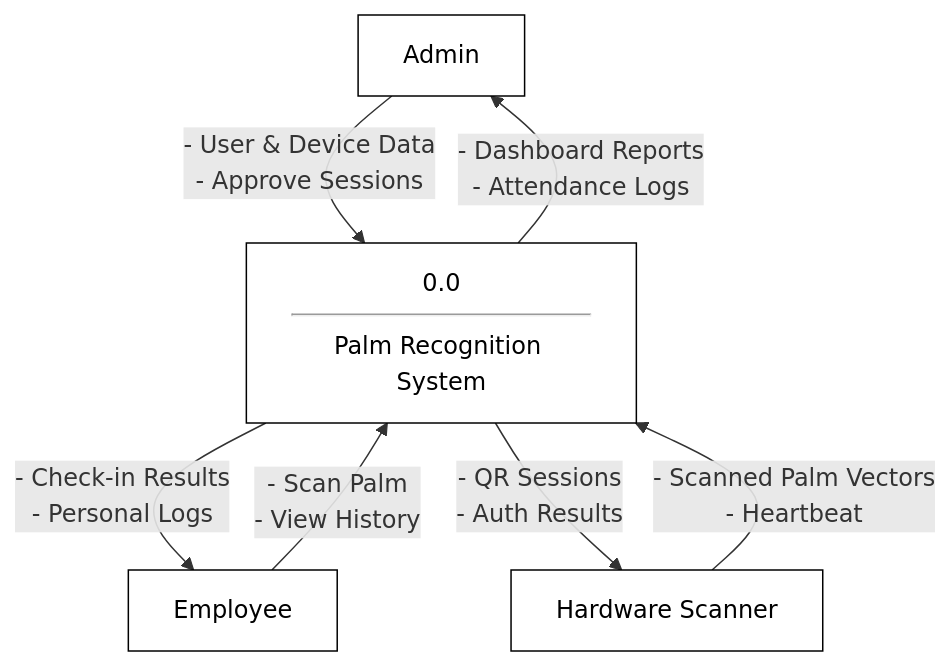
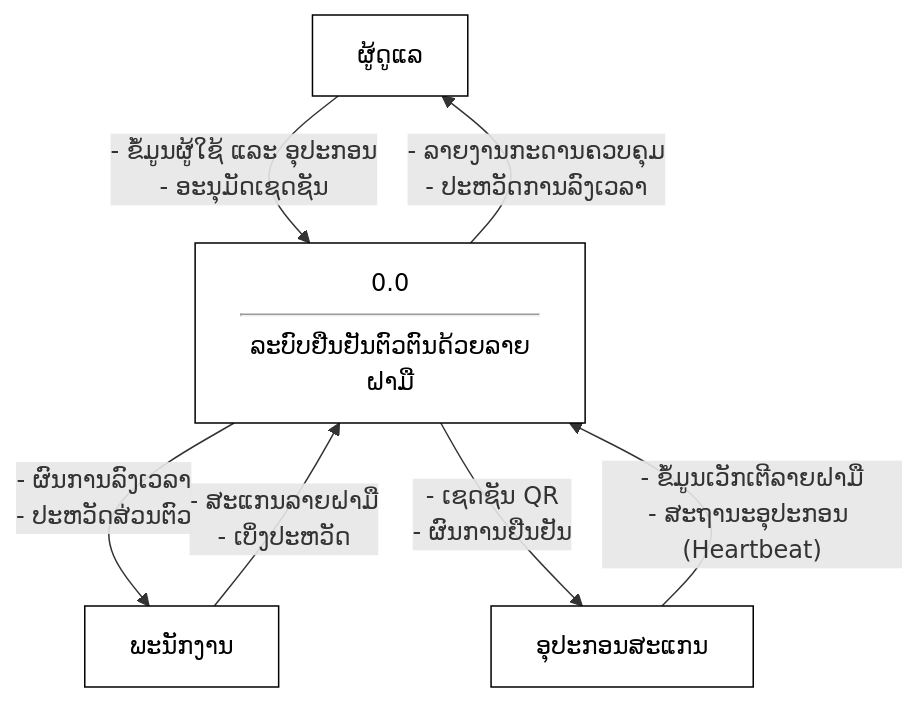
The fourth of 14 diagrams in USER_MANUAL.md (Touy2004/palm-back-end), drawn with Mermaid before and after one commit. The commit also changed other lines of this file, not shown here.

Commit message:
docs: update user manual with latest system specifications and deployment instructions

````diff
--- a/USER_MANUAL.md
+++ b/USER_MANUAL.md
@@ -271,27 +271,27 @@
 ```mermaid
 flowchart TD
     %% External Entities
-    Admin[Admin]:::entity
-    Employee[Employee]:::entity
-    Device[Hardware Scanner]:::entity
+    Admin["ຜູ້ດູແລ"]:::entity
+    Employee["ພະນັກງານ"]:::entity
+    Device["ອຸປະກອນສະແກນ"]:::entity
 
     %% Central System
-    System["0.0<hr/>Palm Recognition System"]:::process
+    System["0.0<hr/>ລະບົບຢືນຢັນຕົວຕົນດ້ວຍລາຍຝາມື"]:::process
 
     %% Flows - Admin
-    Admin -- "- User & Device Data<br/>- Approve Sessions" --> System
-    System -- "- Dashboard Reports<br/>- Attendance Logs" --> Admin
+    Admin -- "- ຂໍ້ມູນຜູ້ໃຊ້ ແລະ ອຸປະກອນ<br/>- ອະນຸມັດເຊດຊັນ" --> System
+    System -- "- ລາຍງານກະດານຄວບຄຸມ<br/>- ປະຫວັດການລົງເວລາ" --> Admin
 
     %% Flows - Employee
-    Employee -- "- Scan Palm<br/>- View History" --> System
-    System -- "- Check-in Results<br/>- Personal Logs" --> Employee
+    Employee -- "- ສະແກນລາຍຝາມື<br/>- ເບິ່ງປະຫວັດ" --> System
+    System -- "- ຜົນການລົງເວລາ<br/>- ປະຫວັດສ່ວນຕົວ" --> Employee
 
     %% Flows - Device
-    Device -- "- Scanned Palm Vectors<br/>- Heartbeat" --> System
-    System -- "- QR Sessions<br/>- Auth Results" --> Device
+    Device -- "- ຂໍ້ມູນເວັກເຕີລາຍຝາມື<br/>- ສະຖານະອຸປະກອນ (Heartbeat)" --> System
+    System -- "- ເຊດຊັນ QR<br/>- ຜົນການຢືນຢັນ" --> Device
 
     %% Styling
     classDef entity fill:#fff,stroke:#000,stroke-width:1px,shape:rect,color:#000
     classDef process fill:#fff,stroke:#000,stroke-width:1px,shape:rect,color:#000
     classDef datastore fill:#fff,stroke:#000,stroke-width:1px,shape:rect,color:#000
 ```
````
